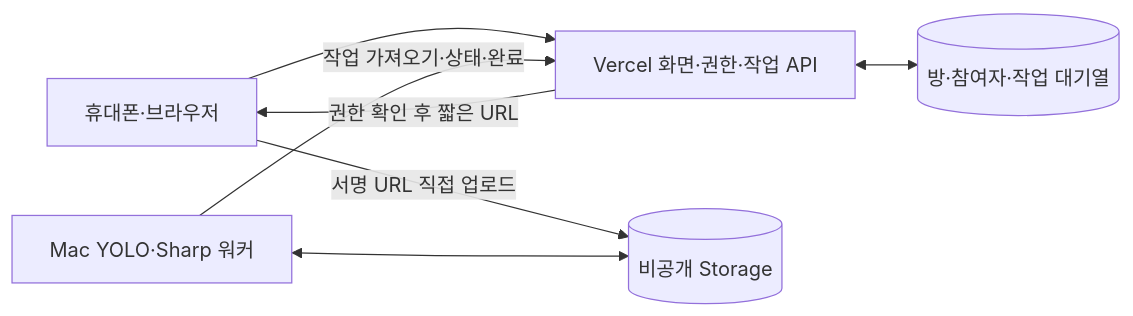
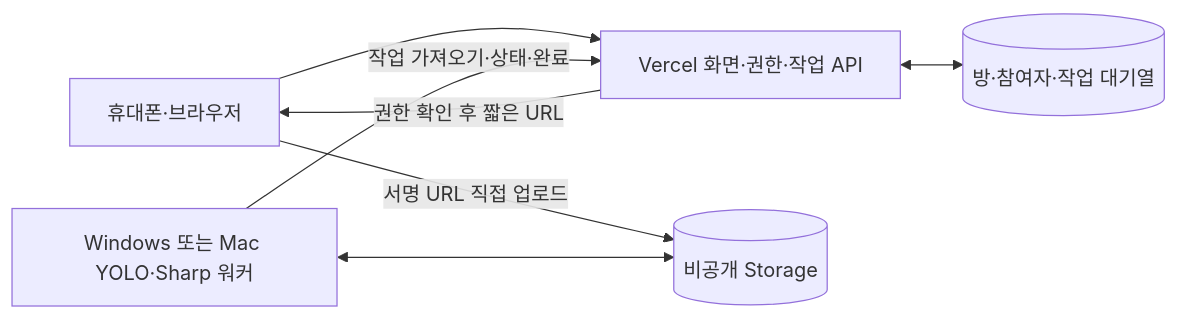
The diagram in picsinc-merge/MASTER_SPEC.md (junyoung-code/PicSinc), drawn with Mermaid before and after one commit. The commit also changed other lines of this file and 20 other files, not shown here.

````diff
--- a/picsinc-merge/MASTER_SPEC.md
+++ b/picsinc-merge/MASTER_SPEC.md
@@ -138,9 +138,9 @@
 ```mermaid
 flowchart LR
     USER[휴대폰·브라우저] --> WEB[Vercel 화면·권한·작업 API]
     USER -->|서명 URL 직접 업로드| STORAGE[(비공개 Storage)]
     WEB <--> DB[(방·참여자·작업 대기열)]
-    MAC[Mac YOLO·Sharp 워커] -->|작업 가져오기·상태·완료| WEB
-    MAC <--> STORAGE
+    PC[Windows 또는 Mac YOLO·Sharp 워커] -->|작업 가져오기·상태·완료| WEB
+    PC <--> STORAGE
     WEB -->|권한 확인 후 짧은 URL| USER
 ```
````
